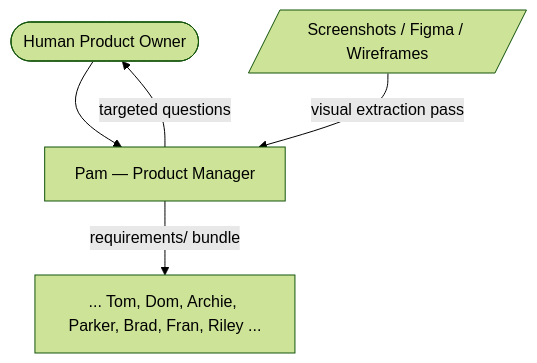
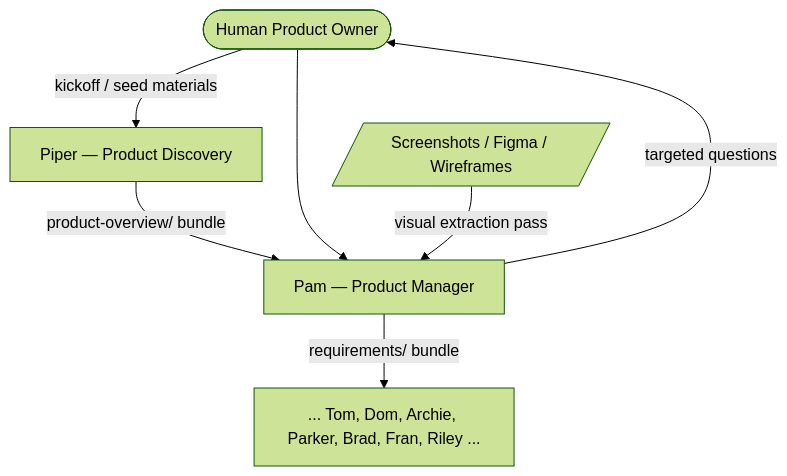
One commit to derek-dorazio/node-project-template changed the second of 3 diagrams in docs/PERSONA-FLOW.md. Above: the diagram before and after it, drawn with Mermaid (forest theme). The commit also changed other lines of this file and 4 other files, not shown here.

First line of the commit message:
Align persona flow docs with restructured requirements layout

````diff
--- a/docs/PERSONA-FLOW.md
+++ b/docs/PERSONA-FLOW.md
@@ -78,12 +76,15 @@
 ```mermaid
 flowchart TD
     Owner([Human Product Owner])
     Visuals[/Screenshots / Figma / Wireframes/]
+    Piper[Piper — Product Discovery]
     Pam[Pam — Product Manager]
     Downstream[... Tom, Dom, Archie, Parker, Brad, Fran, Riley ...]
 
+    Owner -- kickoff / seed materials --> Piper
+    Piper -- product-overview/ bundle --> Pam
     Owner --> Pam
     Visuals -- visual extraction pass --> Pam
     Pam -- targeted questions --> Owner
     Pam -- requirements/ bundle --> Downstream
 ```
````
